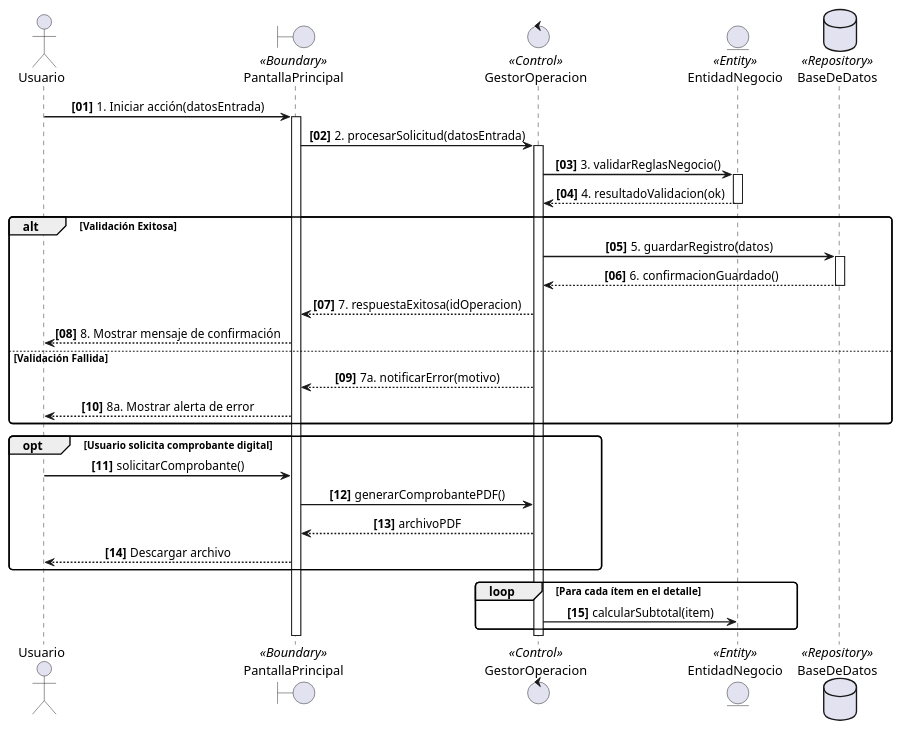
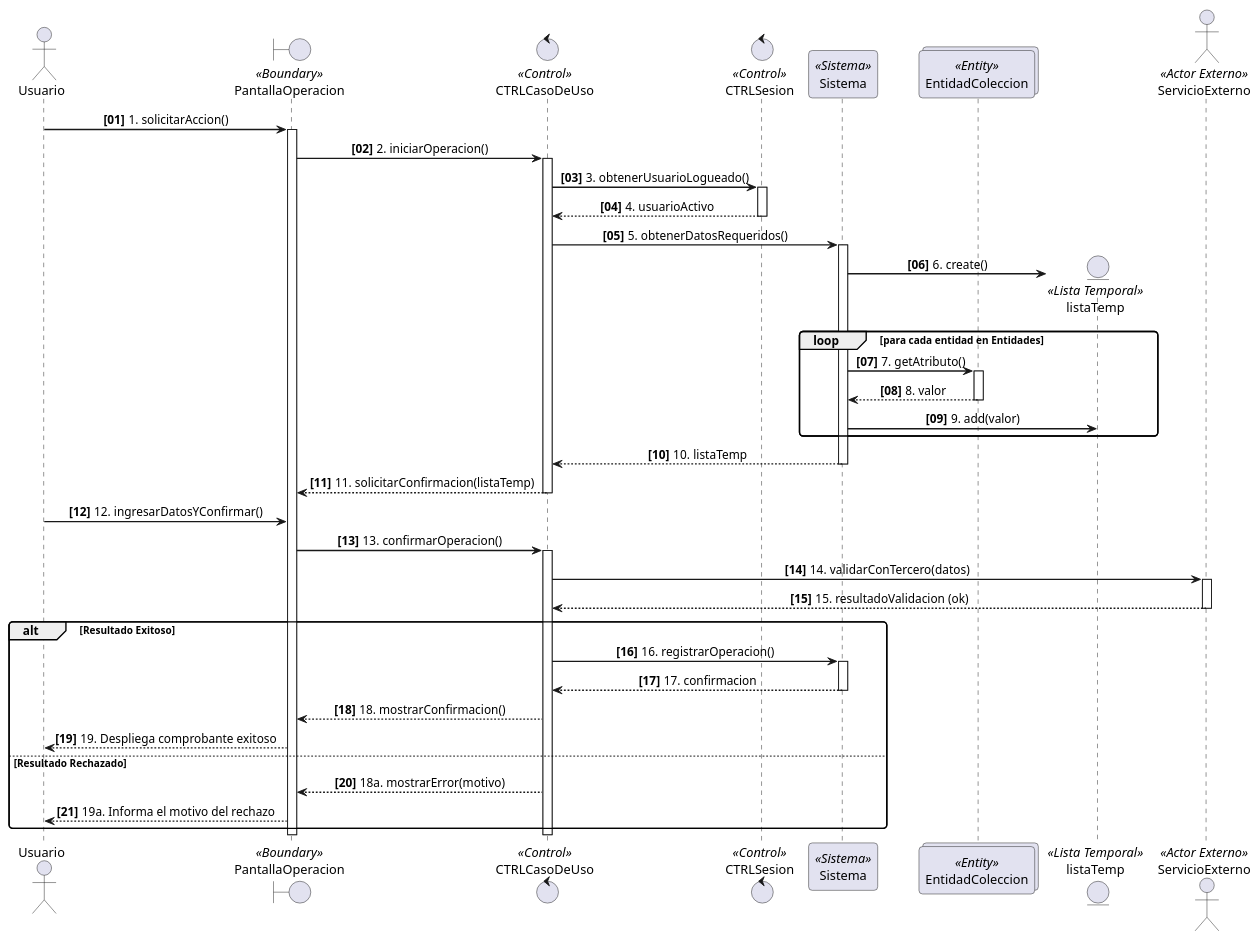
One commit to sandobaitt/dsi-2026 changed the diagram in secuencia/plantillas/plantilla_secuencia.puml. Above: the diagram before and after it, drawn with PlantUML. The commit also changed 31 other files, not shown here.

```diff
--- a/secuencia/plantillas/plantilla_secuencia.puml
+++ b/secuencia/plantillas/plantilla_secuencia.puml
@@ -1,68 +1,96 @@
 @startuml plantilla_secuencia
 !pragma layout smetana
 autonumber "<b>[00]</b>"
 skinparam shadowing false
 skinparam roundcorner 8
 skinparam sequenceArrowThickness 1.5
 skinparam sequenceMessageAlign center
 skinparam responseMessageBelowArrow true
 
 ' ==============================================================================
-' PLANTILLA: Diagrama de Secuencia (UML Estándar)
-' Materia: Diseño de Sistemas (DSI)
+' PLANTILLA: Diagrama de Secuencia (Cátedra DSI 2026)
+' - Orden: Actor -> UI -> CTRLCU -> CTRLSesion -> Sistema -> Dominio -> Actor Externo
+' - Servicios externos tratados directamente como ACTORES EXTERNOS
+' - CTRLSesion preexistente para credenciales (sin pedir datos conocidos al actor)
+' - Creación de listas temporales exclusiva por Sistema, sin destroy, sin return
 ' ==============================================================================
 
 ' ------------------------------------------------------------------------------
-' 1. PARTICIPANTES Y ROLES (Arquitectura en Capas / ECB: Entity-Control-Boundary)
+' 1. PARTICIPANTES Y ROLES
 ' ------------------------------------------------------------------------------
-actor "Usuario" as User
-boundary "PantallaPrincipal" as UI <<Boundary>>
-control "GestorOperacion" as Ctrl <<Control>>
-entity "EntidadNegocio" as Ent <<Entity>>
-database "BaseDeDatos" as DB <<Repository>>
+actor "Usuario" as Actor
+boundary "PantallaOperacion" as UI <<Boundary>>
+control "CTRLCasoDeUso" as CTRLCU <<Control>>
+control "CTRLSesion" as CTRLSesion <<Control>>
+participant "Sistema" as Sistema <<Sistema>>
+collections "EntidadColeccion" as Entidades <<Entity>>
+entity "listaTemp" as TempList <<Lista Temporal>>
+actor "ServicioExterno" as ActorExt <<Actor Externo>>
 
 ' ------------------------------------------------------------------------------
 ' 2. MENSAJES Y FLUJO DE EVENTOS
 ' ------------------------------------------------------------------------------
-User -> UI: 1. Iniciar acción(datosEntrada)
+Actor -> UI: 1. solicitarAccion()
 activate UI
 
-UI -> Ctrl: 2. procesarSolicitud(datosEntrada)
-activate Ctrl
+UI -> CTRLCU: 2. iniciarOperacion()
+activate CTRLCU
 
-Ctrl -> Ent: 3. validarReglasNegocio()
-activate Ent
-Ent --> Ctrl: 4. resultadoValidacion(ok)
-deactivate Ent
+' Consulta de sesión (preexistente)
+CTRLCU -> CTRLSesion: 3. obtenerUsuarioLogueado()
+activate CTRLSesion
+CTRLSesion --> CTRLCU: 4. usuarioActivo
+deactivate CTRLSesion
 
-' Fragmento condicional (Alternativas: Éxito vs Error)
-alt Validación Exitosa
-    Ctrl -> DB: 5. guardarRegistro(datos)
-    activate DB
-    DB --> Ctrl: 6. confirmacionGuardado()
-    deactivate DB
+' Mensaje a Sistema: usa verbos de negocio como obtener...()
+CTRLCU -> Sistema: 5. obtenerDatosRequeridos()
+activate Sistema
 
-    Ctrl --> UI: 7. respuestaExitosa(idOperacion)
-    UI --> User: 8. Mostrar mensaje de confirmación
-else Validación Fallida
-    Ctrl --> UI: 7a. notificarError(motivo)
-    UI --> User: 8a. Mostrar alerta de error
+' Creación de lista temporal por Sistema
+create TempList
+Sistema -> TempList: 6. create()
+
+loop para cada entidad en Entidades
+    ' Mensaje a Entidad: usa getters get...()
+    Sistema -> Entidades: 7. getAtributo()
+    activate Entidades
+    Entidades --> Sistema: 8. valor
+    deactivate Entidades
+
+    Sistema -> TempList: 9. add(valor)
 end
 
-' Fragmento condicional opcional
-opt Usuario solicita comprobante digital
-    User -> UI: solicitarComprobante()
-    UI -> Ctrl: generarComprobantePDF()
-    Ctrl --> UI: archivoPDF
-    UI --> User: Descargar archivo
+' Retorno hacia el controlador (sin palabra return, sin retorno desde lista)
+Sistema --> CTRLCU: 10. listaTemp
+deactivate Sistema
+
+CTRLCU --> UI: 11. solicitarConfirmacion(listaTemp)
+deactivate CTRLCU
+
+Actor -> UI: 12. ingresarDatosYConfirmar()
+UI -> CTRLCU: 13. confirmarOperacion()
+activate CTRLCU
+
+' Regla de Cátedra: Comunicación con servicio externo hacia ACTOR EXTERNO
+CTRLCU -> ActorExt: 14. validarConTercero(datos)
+activate ActorExt
+ActorExt --> CTRLCU: 15. resultadoValidacion (ok)
+deactivate ActorExt
+
+alt Resultado Exitoso
+    CTRLCU -> Sistema: 16. registrarOperacion()
+    activate Sistema
+    Sistema --> CTRLCU: 17. confirmacion
+    deactivate Sistema
+
+    CTRLCU --> UI: 18. mostrarConfirmacion()
+    UI --> Actor: 19. Despliega comprobante exitoso
+else Resultado Rechazado
+    CTRLCU --> UI: 18a. mostrarError(motivo)
+    UI --> Actor: 19a. Informa el motivo del rechazo
 end
 
-' Fragmento de repetición (Bucle)
-loop Para cada ítem en el detalle
-    Ctrl -> Ent: calcularSubtotal(item)
-end
-
-deactivate Ctrl
+deactivate CTRLCU
 deactivate UI
 
 @enduml
```
